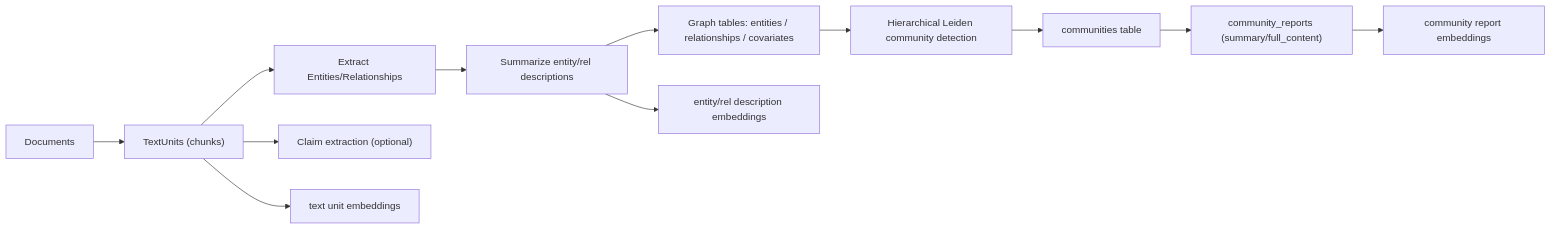
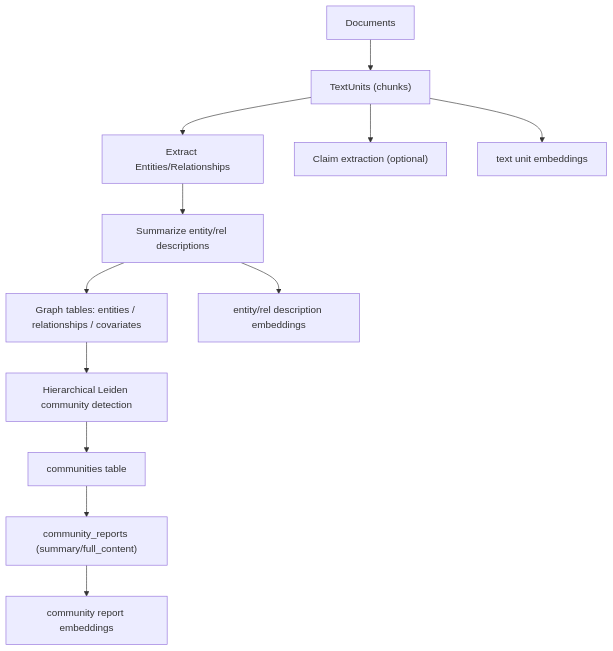
Before and after one commit to MyungJeChoi/MyungJeChoi.github.io: the diagram in _notes/graphrag.md, drawn with Mermaid. The commit also changed other lines of this file, not shown here.

```diff
--- a/_notes/graphrag.md
+++ b/_notes/graphrag.md
@@ -110,14 +120,14 @@
 <div class="mermaid">
-flowchart LR
+flowchart TB
   D["Documents"] --> TU["TextUnits (chunks)"]
   TU --> GE["Extract Entities/Relationships"]
   GE --> GS["Summarize entity/rel descriptions"]
   TU --> CE["Claim extraction (optional)"]
   GS --> GT["Graph tables: entities / relationships / covariates"]
   GT --> CD["Hierarchical Leiden community detection"]
   CD --> C["communities table"]
   C --> CR["community_reports (summary/full_content)"]
   TU --> EMB1["text unit embeddings"]
   GS --> EMB2["entity/rel description embeddings"]
   CR --> EMB3["community report embeddings"]
 </div>
```
